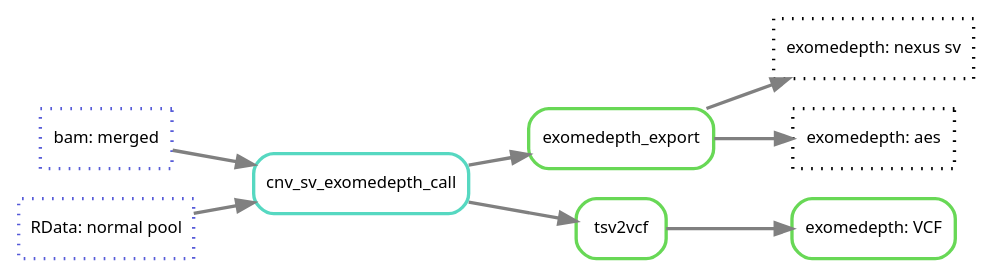
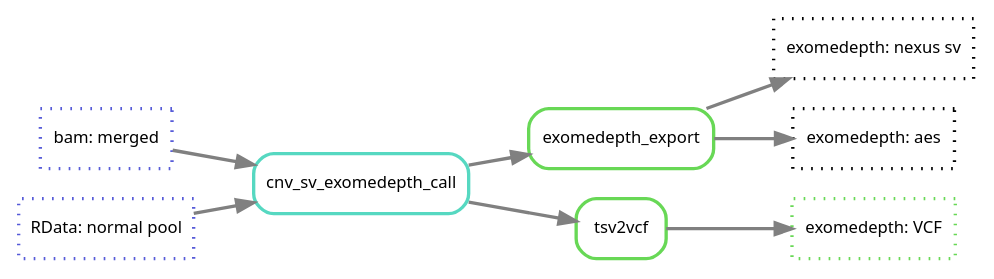
Before and after one commit to clinical-genomics-uppsala/marple_rd_tc: the diagram in docs/includes/images/cnv_sv.dot, drawn with Graphviz.

Commit message:
Update label style for 'exomedepth: VCF'
Changed the style of the 'exomedepth: VCF' label from 'rounded' to 'dotted'.

```diff
--- a/docs/includes/images/cnv_sv.dot
+++ b/docs/includes/images/cnv_sv.dot
@@ -1,22 +1,22 @@
 digraph snakemake_dag {
 	rankdir=LR;
     graph[bgcolor=white, margin=0];
     node[shape=box, style=rounded, fontname=sans,                 fontsize=10, penwidth=2];
     edge[penwidth=2, color=grey];
 	0[label = "bam: merged", color = "0.66 0.6 0.85", style="dotted"];
 	1[label = "RData: normal pool", color = "0.66 0.6 0.85", style="dotted"];
 	2[label = "exomedepth: nexus sv", color = "0.0 0.0 0.0", style="dotted"];
 	3[label = "exomedepth: aes", color = "0.0 0.0 0.0", style="dotted"];
 	4[label = "exomedepth_export", color = "0.31 0.6 0.85", style="rounded"];
-	5[label = "exomedepth: VCF", color = "0.31 0.6 0.85", style="rounded"];
+	5[label = "exomedepth: VCF", color = "0.31 0.6 0.85", style="dotted"];
 	6[label = "tsv2vcf", color = "0.31 0.6 0.85", style="rounded"];
 	7[label = "cnv_sv_exomedepth_call", color = "0.47 0.6 0.85", style="rounded"];
 
 	0 -> 7
 	1 -> 7
 	7 -> 4
 	4 -> 3
 	4 -> 2
 	6 -> 5
 	7 -> 6
 }            
```
